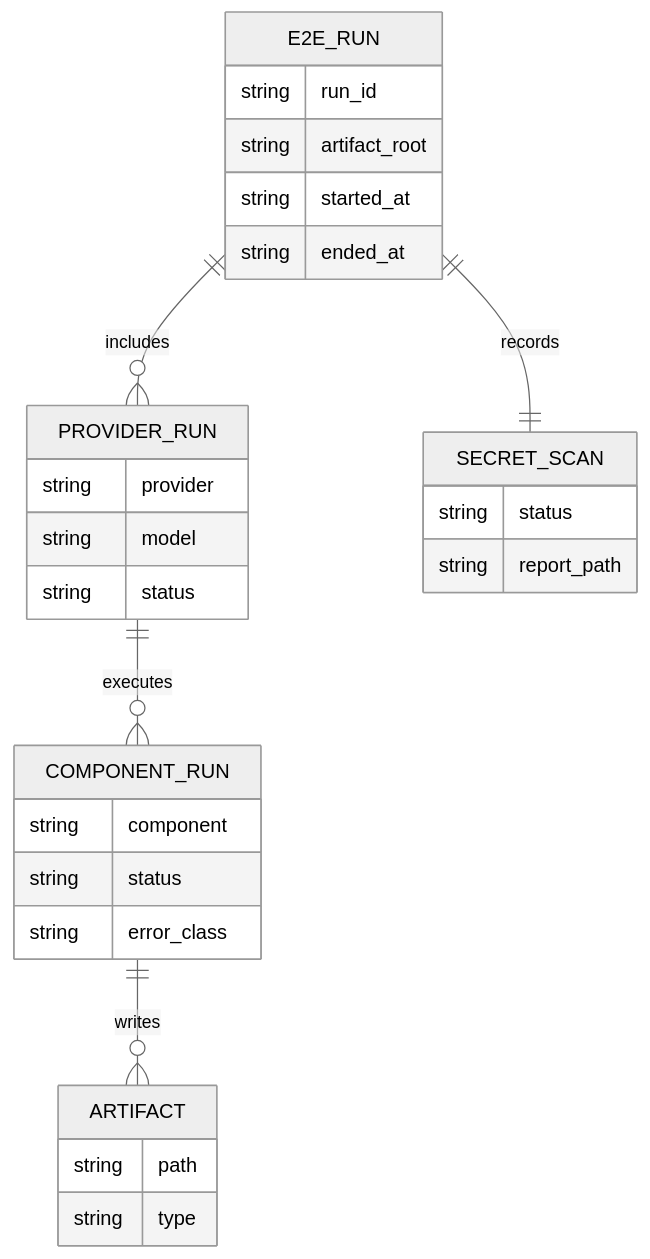
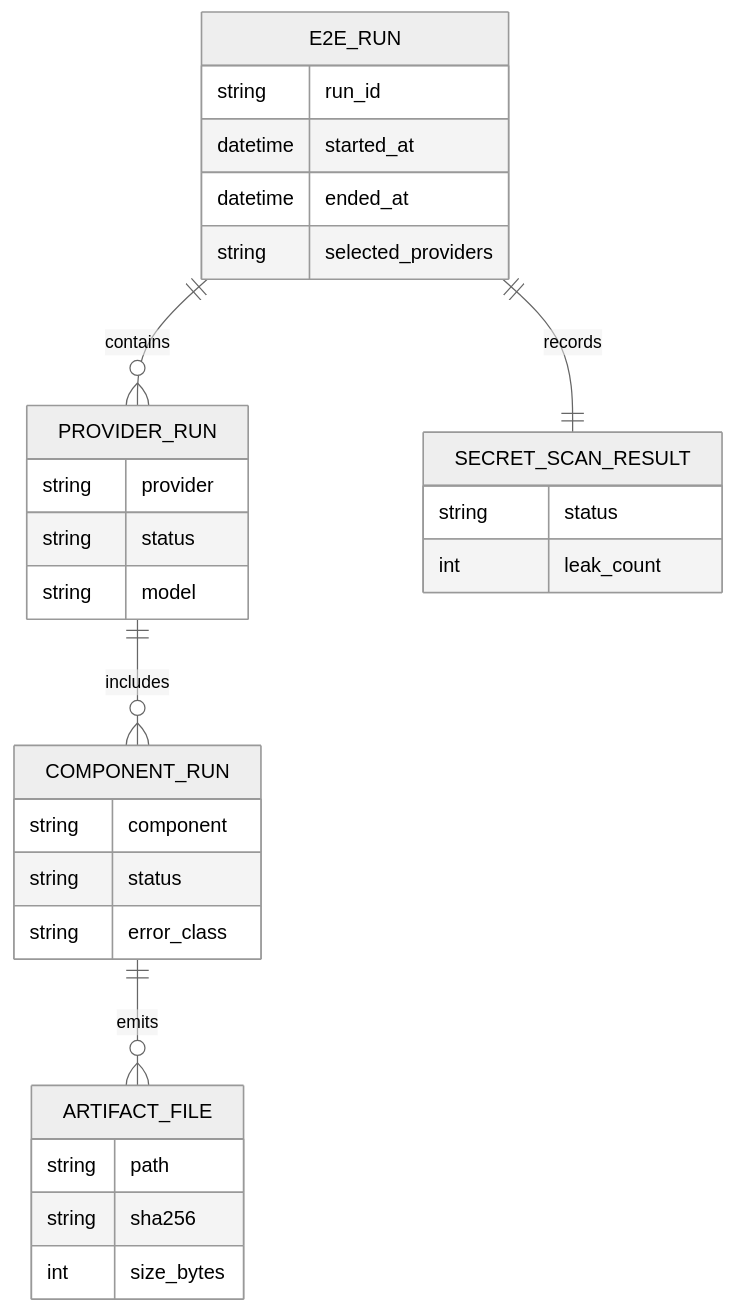
The second of 5 diagrams in docs/sprints/SPRINT-004-comprehensive-implementation-plan.md (jaytaylor/attractor-tcl), drawn with Mermaid (neutral theme) before and after one commit. The commit also changed other lines of this file, not shown here.

````diff
--- a/docs/sprints/SPRINT-004-comprehensive-implementation-plan.md
+++ b/docs/sprints/SPRINT-004-comprehensive-implementation-plan.md
@@ -795,32 +1101,37 @@
 ```mermaid
 erDiagram
-  E2E_RUN ||--o{ PROVIDER_RUN : includes
-  PROVIDER_RUN ||--o{ COMPONENT_RUN : executes
-  COMPONENT_RUN ||--o{ ARTIFACT : writes
-  E2E_RUN ||--|| SECRET_SCAN : records
+  E2E_RUN ||--o{ PROVIDER_RUN : contains
+  PROVIDER_RUN ||--o{ COMPONENT_RUN : includes
+  COMPONENT_RUN ||--o{ ARTIFACT_FILE : emits
+  E2E_RUN ||--|| SECRET_SCAN_RESULT : records
 
   E2E_RUN {
     string run_id
-    string artifact_root
-    string started_at
-    string ended_at
+    datetime started_at
+    datetime ended_at
+    string selected_providers
   }
+
   PROVIDER_RUN {
     string provider
+    string status
     string model
-    string status
   }
+
   COMPONENT_RUN {
     string component
     string status
     string error_class
   }
-  ARTIFACT {
+
+  ARTIFACT_FILE {
     string path
-    string type
+    string sha256
+    int size_bytes
   }
-  SECRET_SCAN {
+
+  SECRET_SCAN_RESULT {
     string status
-    string report_path
+    int leak_count
   }
 ```
````
